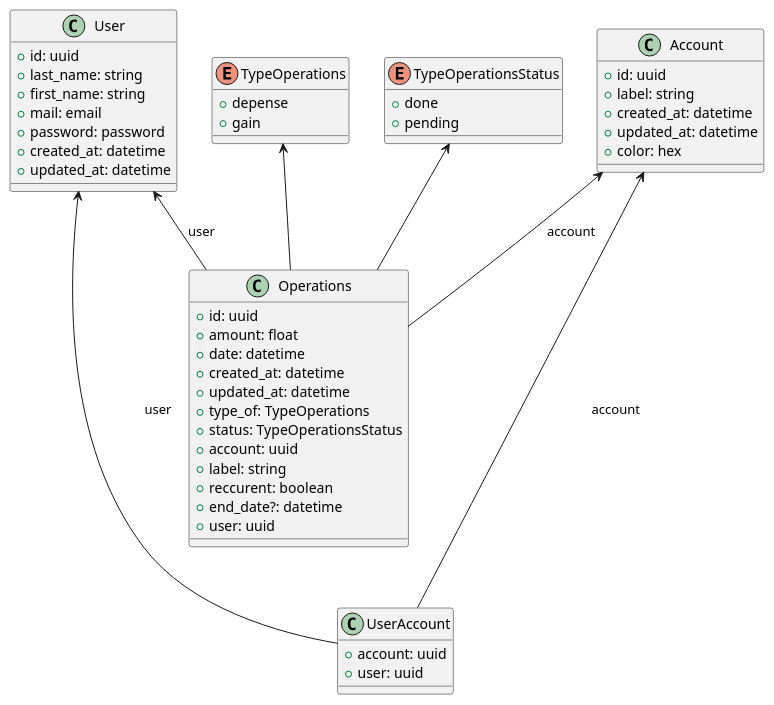
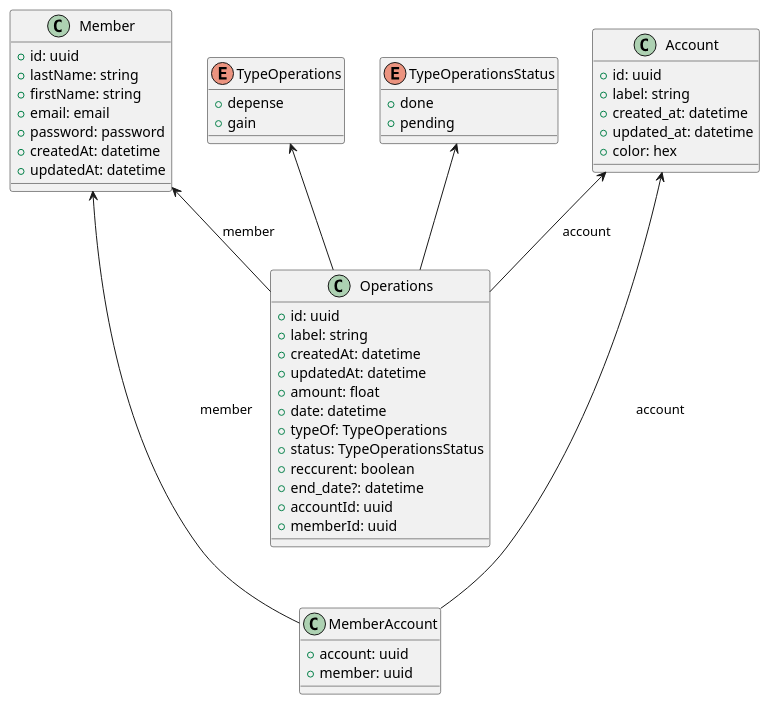
Before and after one commit to D-Rayven/account: the second of 2 diagrams in README.md, drawn with PlantUML. The commit also changed 2 other files, not shown here.

Commit message:
little modification on uml

````diff
--- a/README.md
+++ b/README.md
@@ -34,59 +34,59 @@
 ```plantuml
 @startuml
 
 enum "TypeOperations" as typeoperations {
     + depense
     + gain
 }
 
 enum "TypeOperationsStatus" as typeoperationsstatus {
     + done
     + pending
 }
 
-class "User" as user {
+class "Member" as member {
     + id: uuid
-    + last_name: string
-    + first_name: string
-    + mail: email
+    + lastName: string
+    + firstName: string
+    + email: email
     + password: password
-    + created_at: datetime
-    + updated_at: datetime
+    + createdAt: datetime
+    + updatedAt: datetime
 }
 
 class "Operations" as operations {
     + id: uuid
+    + label: string
+    + createdAt: datetime
+    + updatedAt: datetime
     + amount: float
     + date: datetime
-    + created_at: datetime
-    + updated_at: datetime
-    + type_of: TypeOperations
+    + typeOf: TypeOperations
     + status: TypeOperationsStatus
-    + account: uuid
-    + label: string
     + reccurent: boolean
     + end_date?: datetime
-    + user: uuid
+    + accountId: uuid
+    + memberId: uuid
 }
 
 class "Account" as account {
     + id: uuid
     + label: string
     + created_at: datetime
     + updated_at: datetime
     + color: hex
 }
 
-class "UserAccount" as useraccount {
+class "MemberAccount" as memberaccount {
     + account: uuid
-    + user: uuid
+    + member: uuid
 }
 
 account <-- operations: " account"
-user <- operations: " user"
+member <- operations: " member"
 typeoperations <-- operations
 typeoperationsstatus <-- operations
-account <--- useraccount: "account"
-user <--- useraccount: "user"
+account <--- memberaccount: "account"
+member <--- memberaccount: "member"
 @enduml
 ```
````
